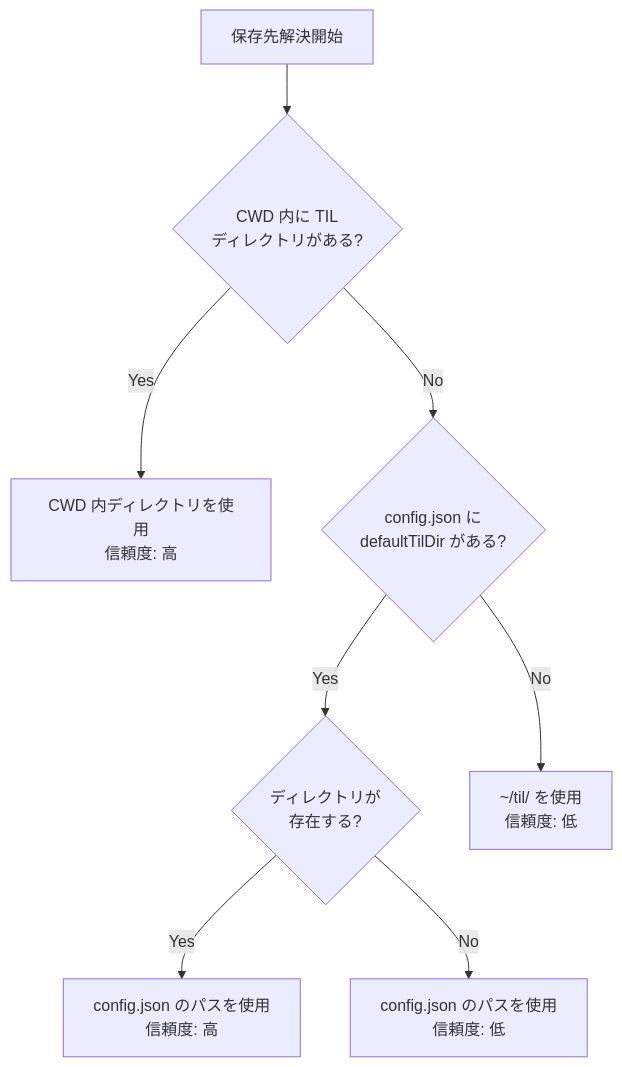
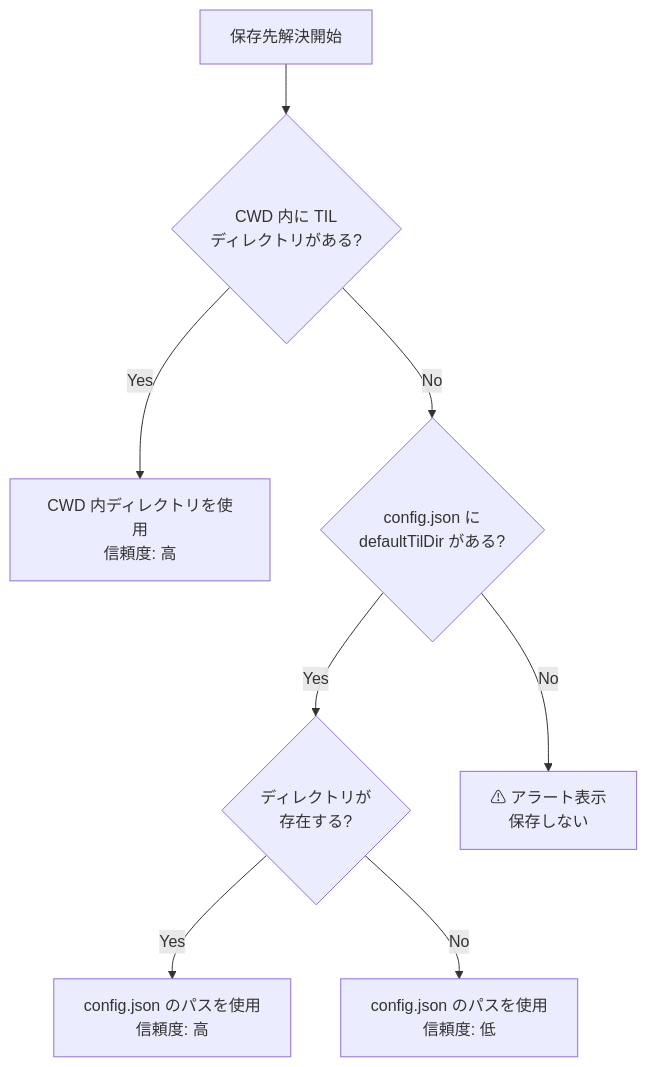
One commit to qaTororo/til-capture changed the diagram in docs/spec/05-config.md. Above: the diagram before and after it, drawn with Mermaid. The commit also changed other lines of this file and 2 other files, not shown here.

````diff
--- a/docs/spec/05-config.md
+++ b/docs/spec/05-config.md
@@ -29,10 +29,10 @@
 ```mermaid
 flowchart TD
     A[保存先解決開始] --> B{CWD 内に TIL<br/>ディレクトリがある?}
     B -->|Yes| C[CWD 内ディレクトリを使用<br/>信頼度: 高]
     B -->|No| D{config.json に<br/>defaultTilDir がある?}
     D -->|Yes| E{ディレクトリが<br/>存在する?}
     E -->|Yes| F[config.json のパスを使用<br/>信頼度: 高]
     E -->|No| G[config.json のパスを使用<br/>信頼度: 低]
-    D -->|No| H["~/til/ を使用<br/>信頼度: 低"]
+    D -->|No| H["⚠ アラート表示<br/>保存しない"]
 ```
````
